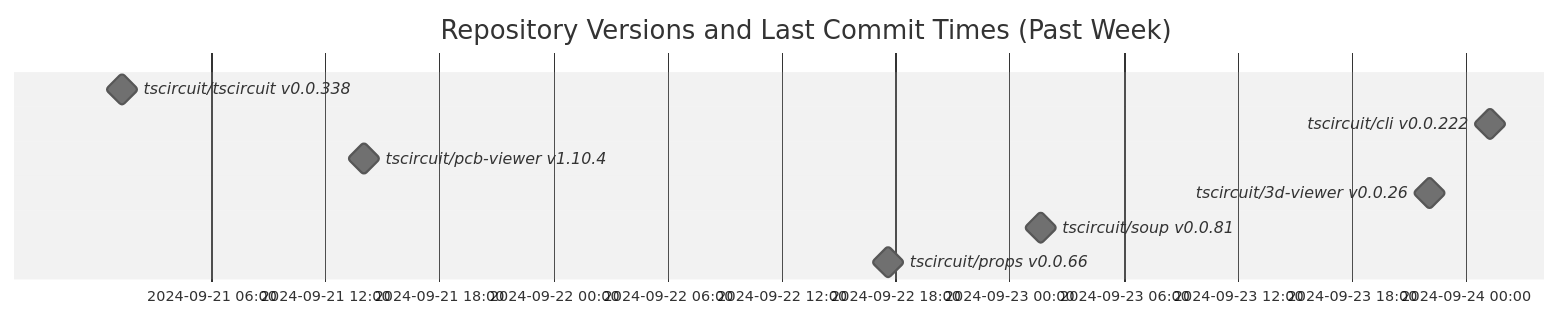
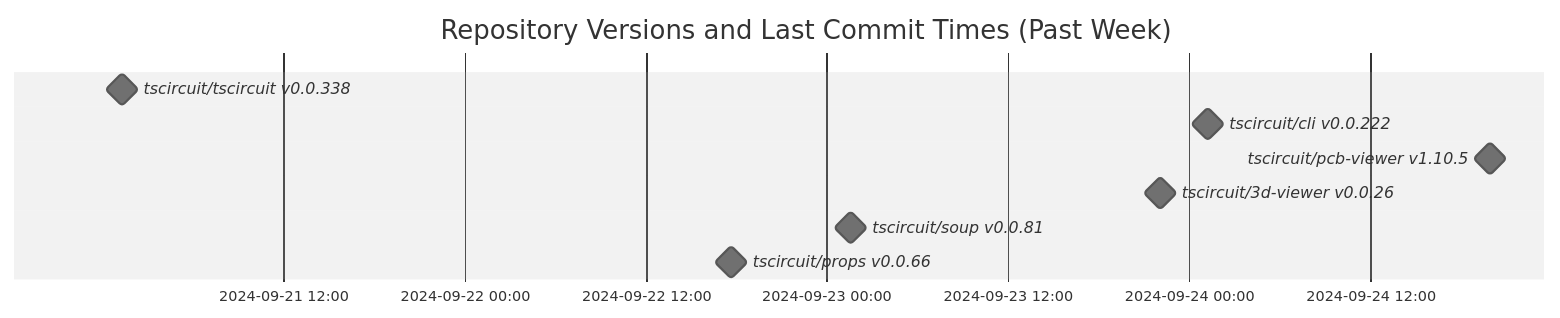
One commit to tscircuit/version-tracker changed the diagram in README.md. Above: the diagram before and after it, drawn with Mermaid (neutral theme).

Commit message:
Update chart

````diff
--- a/README.md
+++ b/README.md
@@ -1,13 +1,13 @@
 ```mermaid
 gantt
   dateFormat  YYYY-MM-DD HH:mm:ss
   title Repository Versions and Last Commit Times (Past Week)
   axisFormat %Y-%m-%d %H:%M
 
   tscircuit/tscircuit v0.0.338 : milestone, 2024-09-21 01:17:43, 1s
   tscircuit/cli v0.0.222 : milestone, 2024-09-24 01:17:02, 1s
-  tscircuit/pcb-viewer v1.10.4 : milestone, 2024-09-21 14:02:34, 1s
+  tscircuit/pcb-viewer v1.10.5 : milestone, 2024-09-24 19:58:10, 1s
   tscircuit/3d-viewer v0.0.26 : milestone, 2024-09-23 22:06:33, 1s
   tscircuit/soup v0.0.81 : milestone, 2024-09-23 01:38:05, 1s
   tscircuit/props v0.0.66 : milestone, 2024-09-22 17:38:44, 1s
 ```
````
